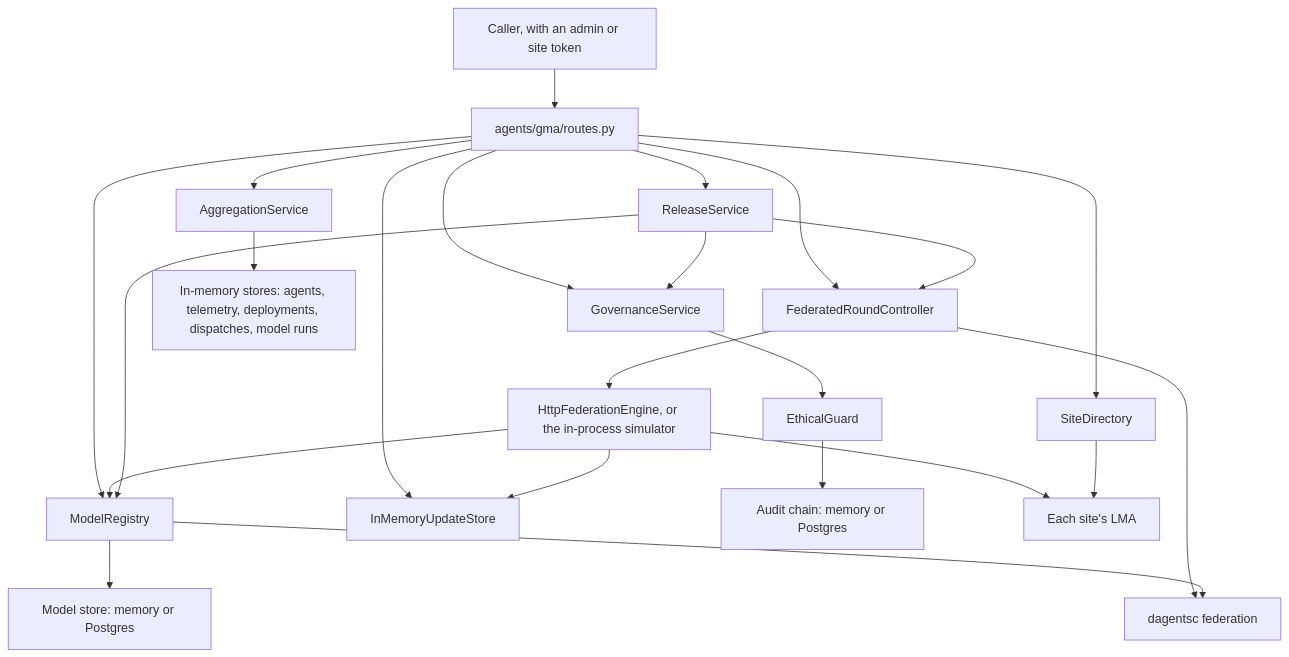
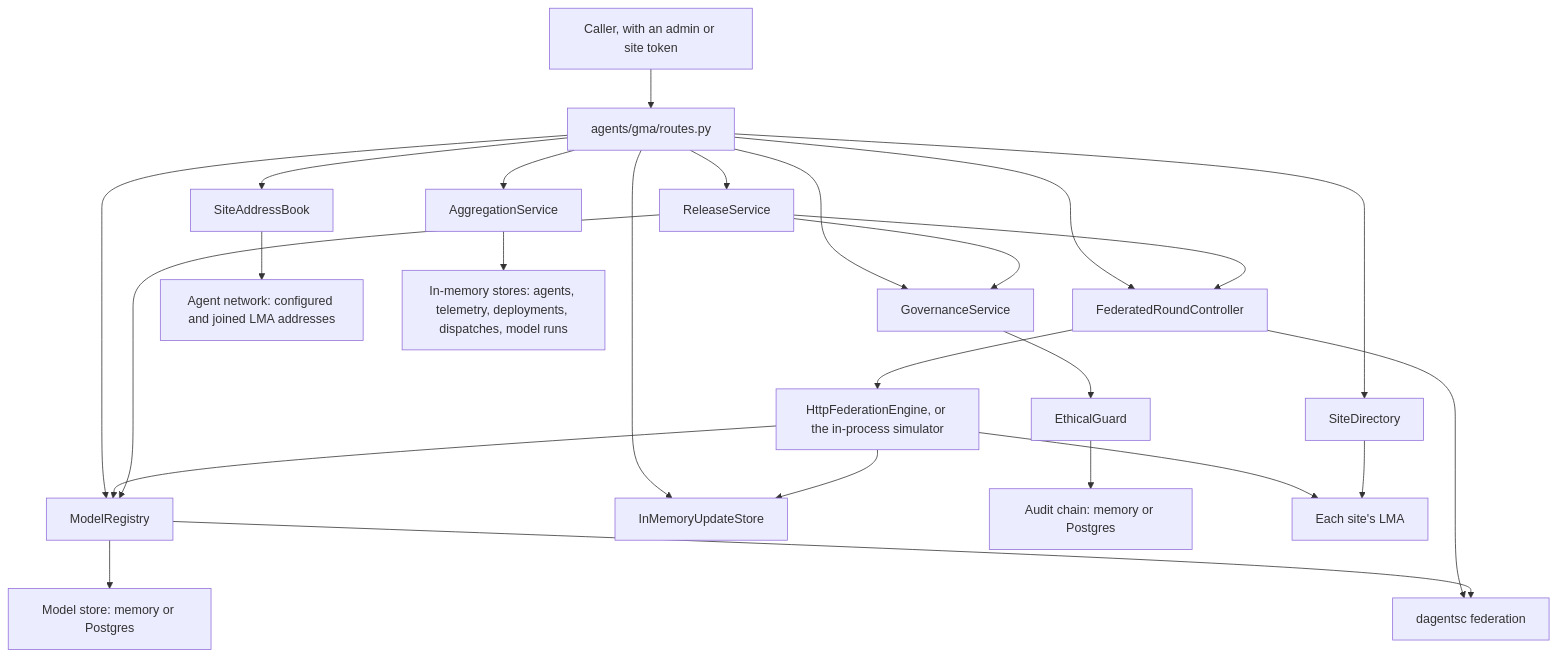
Before and after one commit to pradyunuydarp/Dagents: the eighth of 12 diagrams in docs/reference/api/agents.md, drawn with Mermaid. The commit also changed other lines of this file and 32 other files, not shown here.

````diff
--- a/docs/reference/api/agents.md
+++ b/docs/reference/api/agents.md
@@ -1543,25 +1546,27 @@
 ```mermaid
 flowchart TB
     Caller["Caller, with an admin or site token"] --> Routes["agents/gma/routes.py"]
     Routes --> Aggregation["AggregationService"]
     Routes --> Governance["GovernanceService"]
     Routes --> Rounds["FederatedRoundController"]
     Routes --> Directory["SiteDirectory"]
     Routes --> Models["ModelRegistry"]
     Routes --> Updates["InMemoryUpdateStore"]
     Routes --> Releases["ReleaseService"]
+    Routes --> Addresses["SiteAddressBook"]
+    Addresses --> Network["Agent network: configured and joined LMA addresses"]
     Aggregation --> Stores["In-memory stores: agents, telemetry, deployments, dispatches, model runs"]
     Governance --> Guard["EthicalGuard"]
     Guard --> Audit["Audit chain: memory or Postgres"]
     Rounds --> Engine["HttpFederationEngine, or the in-process simulator"]
     Engine --> LMAs["Each site's LMA"]
     Engine --> Updates
     Engine --> Models
     Directory --> LMAs
     Models --> ModelStore["Model store: memory or Postgres"]
     Releases --> Rounds
     Releases --> Models
     Releases --> Governance
     Rounds --> Federation["dagentsc federation"]
     Models --> Federation
 ```
````
